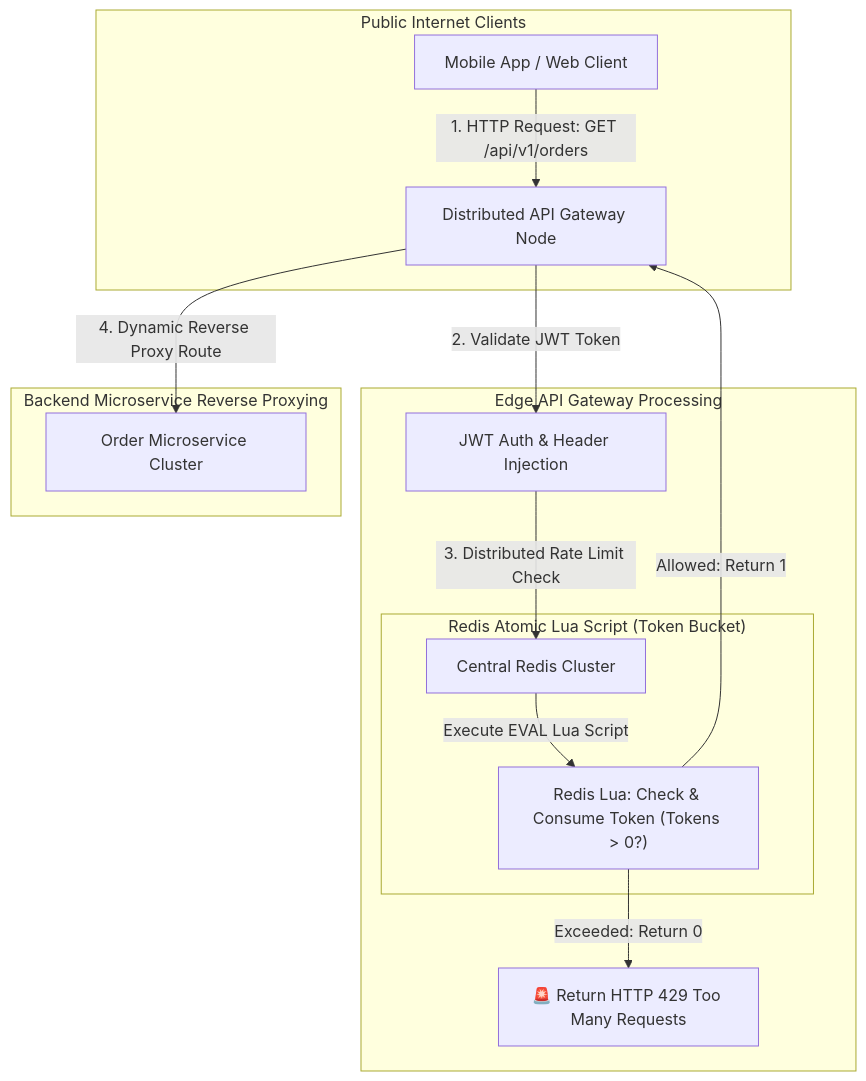
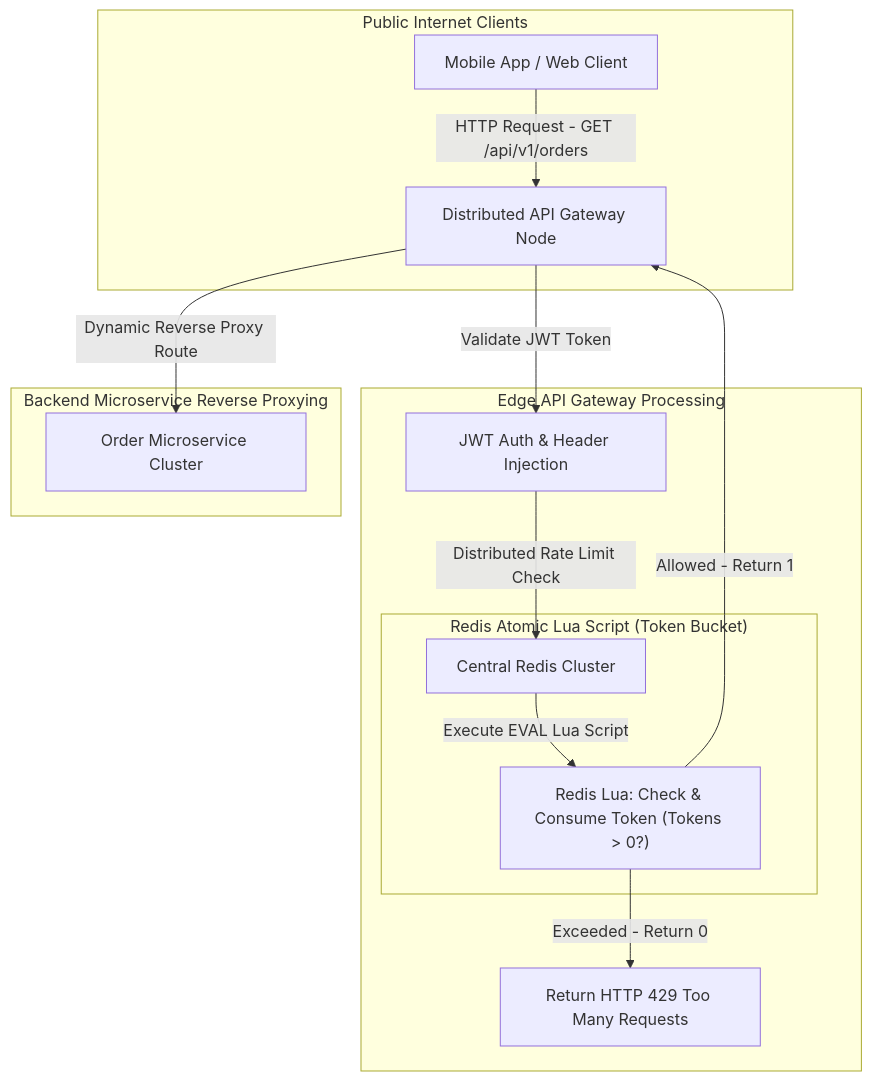
The diagram in blog/posts/distributed-api-gateway-rate-limiting-dynamic-proxy.md (akmalkhaniub/akmalkhaniub.github.io), drawn with Mermaid before and after one commit. The commit also changed 411 other files, not shown here.

````diff
--- a/blog/posts/distributed-api-gateway-rate-limiting-dynamic-proxy.md
+++ b/blog/posts/distributed-api-gateway-rate-limiting-dynamic-proxy.md
@@ -19,22 +19,22 @@
 ```mermaid
-graph TD
+flowchart TD
   subgraph SG1_PublicInternetClients ["Public Internet Clients"]
-    ClientA[Mobile App / Web Client] -->|1. HTTP Request: GET /api/v1/orders| Gateway[Distributed API Gateway Node]
+    ClientA[Mobile App / Web Client] -->|HTTP Request - GET /api/v1/orders| Gateway[Distributed API Gateway Node]
   end
   
   subgraph SG2_EdgeApiGateway ["Edge API Gateway Processing"]
-    Gateway -->|2. Validate JWT Token| Auth[JWT Auth & Header Injection]
-    Auth -->|3. Distributed Rate Limit Check| Redis[Central Redis Cluster]
+    Gateway -->|Validate JWT Token| Auth[JWT Auth & Header Injection]
+    Auth -->|Distributed Rate Limit Check| Redis[Central Redis Cluster]
     
     subgraph SG3_RedisAtomicLua ["Redis Atomic Lua Script (Token Bucket)"]
       Redis -->|Execute EVAL Lua Script| Lua["Redis Lua: Check & Consume Token (Tokens > 0?)"]
     end
     
-    Lua -->|Allowed: Return 1| Gateway
-    Lua -->|Exceeded: Return 0| RateLimitExceeded[🚨 Return HTTP 429 Too Many Requests]
+    Lua -->|Allowed - Return 1| Gateway
+    Lua -->|Exceeded - Return 0| RateLimitExceeded[ Return HTTP 429 Too Many Requests]
   end
   
   subgraph SG4_BackendMicroserviceReverse ["Backend Microservice Reverse Proxying"]
-    Gateway -->|4. Dynamic Reverse Proxy Route| OrderService[Order Microservice Cluster]
+    Gateway -->|Dynamic Reverse Proxy Route| OrderService[Order Microservice Cluster]
   end
 ```
````
